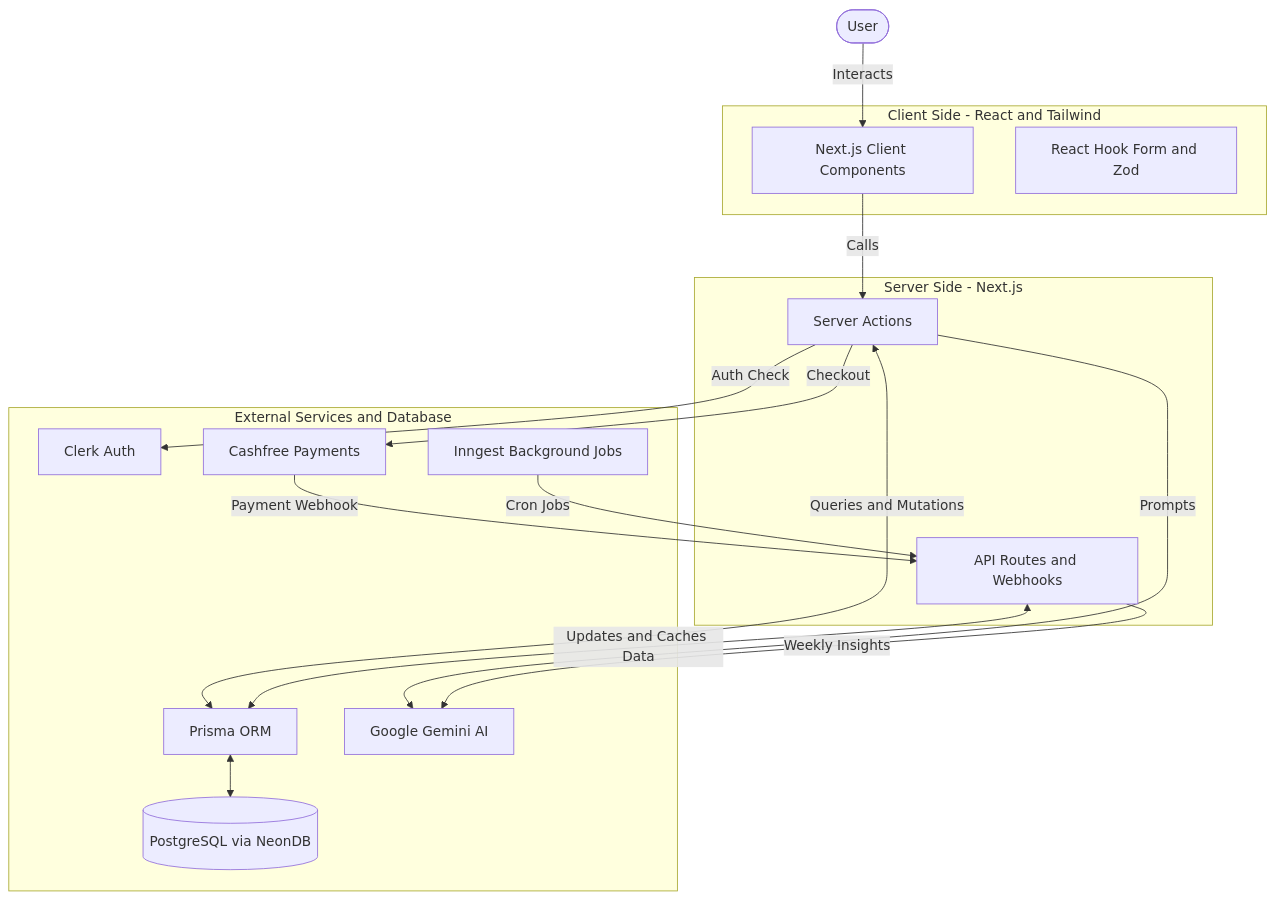
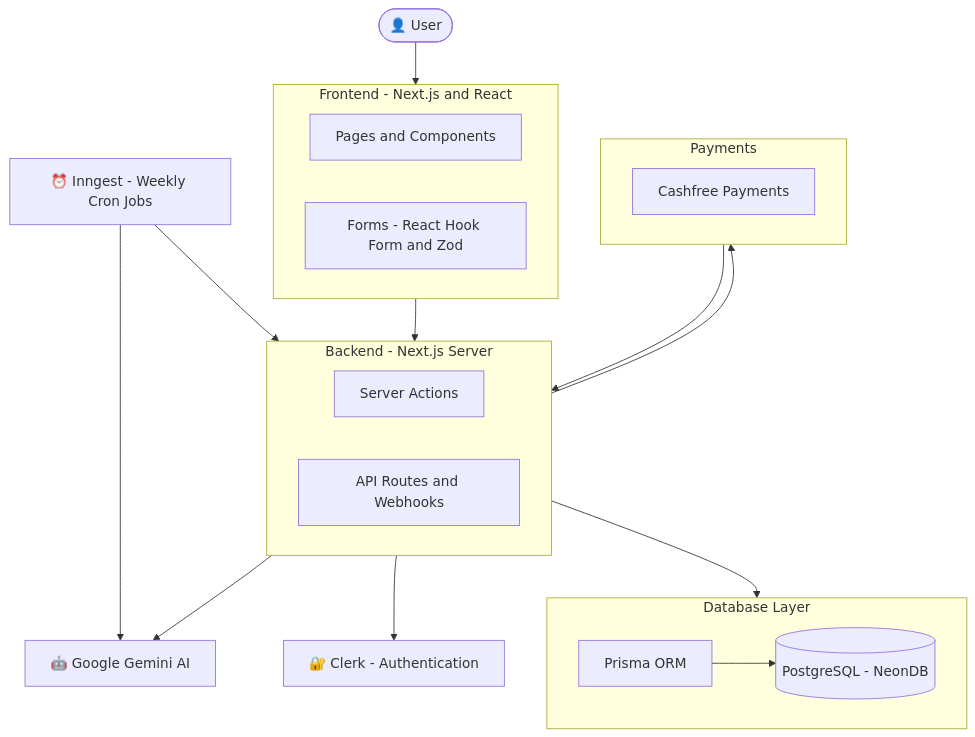
The diagram in README.md (Atharva1318-dev/Vector-AI), drawn with Mermaid before and after one commit.

Commit message:
readme updates

````diff
--- a/README.md
+++ b/README.md
@@ -51,37 +51,43 @@
 ```mermaid
 flowchart TD
-    subgraph Frontend [Client Side - React and Tailwind]
-        UI[Next.js Client Components]
-        Forms[React Hook Form and Zod]
+    User([👤 User])
+
+    User --> FE
+
+    subgraph FE [Frontend - Next.js and React]
+        direction LR
+        UI[Pages and Components]
+        Forms[Forms - React Hook Form and Zod]
     end
 
-    subgraph Backend [Server Side - Next.js]
+    FE --> BE
+
+    subgraph BE [Backend - Next.js Server]
+        direction LR
         SA[Server Actions]
         API[API Routes and Webhooks]
     end
 
-    subgraph Services [External Services and Database]
-        DB[(PostgreSQL via NeonDB)]
-        Prisma[Prisma ORM]
-        Clerk[Clerk Auth]
-        Gemini[Google Gemini AI]
-        Cashfree[Cashfree Payments]
-        Inngest[Inngest Background Jobs]
+    BE --> AUTH
+    BE --> DB_LAYER
+    SA --> AI
+    SA --> PAY
+    PAY --> API
+    Inngest --> API
+
+    AUTH[🔐 Clerk - Authentication]
+
+    subgraph DB_LAYER [Database Layer]
+        direction LR
+        Prisma[Prisma ORM] --> DB[(PostgreSQL - NeonDB)]
     end
 
-    User([User]) -->|Interacts| UI
-    UI -->|Calls| SA
+    AI[🤖 Google Gemini AI]
 
-    SA -->|Auth Check| Clerk
-    SA <-->|Queries and Mutations| Prisma
-    Prisma <--> DB
+    subgraph PAY [Payments]
+        Cashfree[Cashfree Payments]
+    end
 
-    SA -->|Prompts| Gemini
-    SA -->|Checkout| Cashfree
-
-    Cashfree -->|Payment Webhook| API
-    Inngest -->|Cron Jobs| API
-
-    API <-->|Updates and Caches Data| Prisma
-    API -->|Weekly Insights| Gemini
+    Inngest[⏰ Inngest - Weekly Cron Jobs]
+    Inngest --> AI
 ```
````
